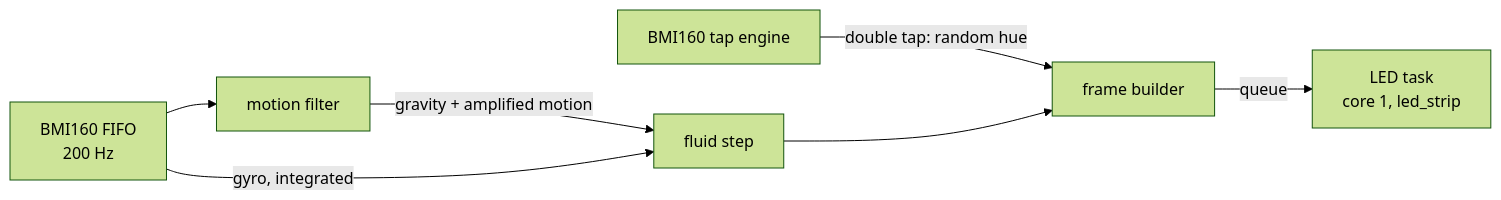
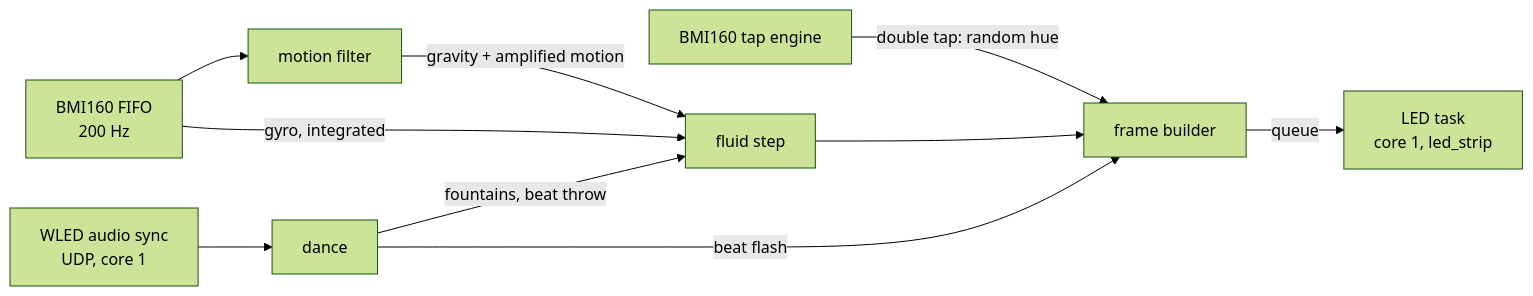
One commit to psytraxx/gravity-cube-espidf changed the third of 3 diagrams in README.md. Above: the diagram before and after it, drawn with Mermaid (forest theme). The commit also changed other lines of this file and 16 other files, not shown here.

First line of the commit message:
Make the fluid dance to WLED audio sync

````diff
--- a/README.md
+++ b/README.md
@@ -211,9 +239,12 @@
 ```mermaid
 flowchart LR
     IMU[BMI160 FIFO<br/>200 Hz] --> MF[motion filter]
     TAP[BMI160 tap engine] -->|double tap: random hue| FB
     MF -->|gravity + amplified motion| FX[fluid step]
     IMU -->|gyro, integrated| FX
+    UDP[WLED audio sync<br/>UDP, core 1] --> AR[dance]
+    AR -->|fountains, beat throw| FX
+    AR -->|beat flash| FB
     FX --> FB[frame builder]
     FB -->|queue| LED[LED task<br/>core 1, led_strip]
 ```
````
